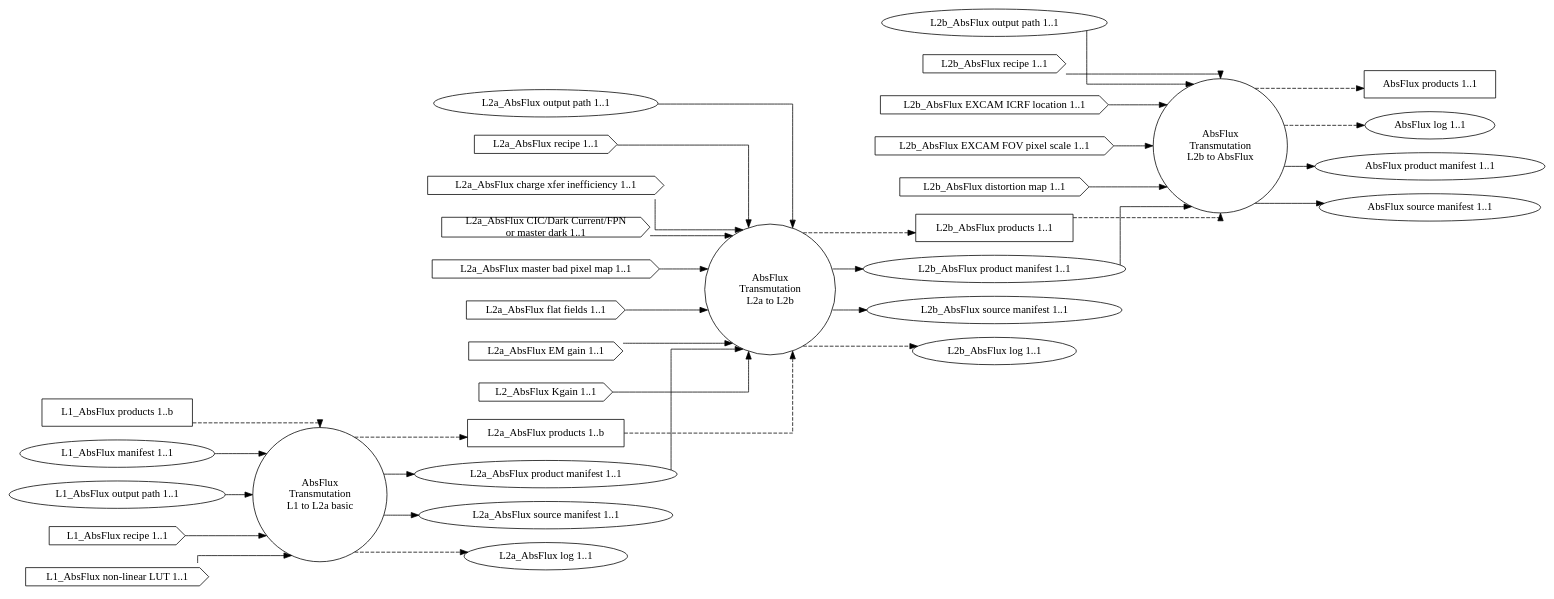
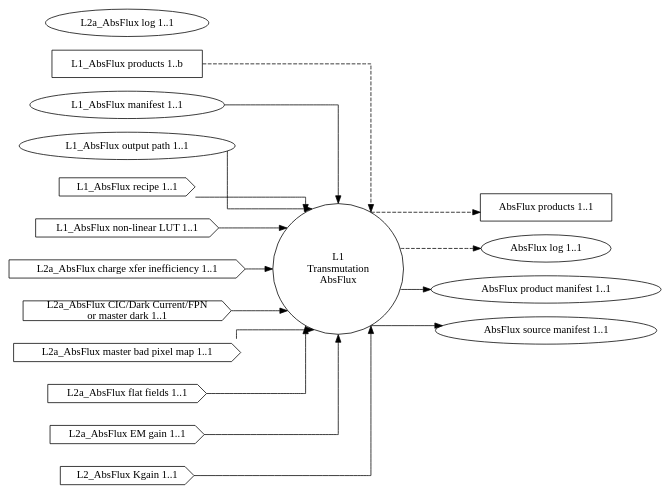
The diagram in dip/basis/cal_absflux.dot (roman-corgi/ctc-dip), drawn with Graphviz before and after one commit. The commit also changed 2 other files, not shown here.

Commit message:
change to chain recipe bubble

```diff
--- a/dip/basis/cal_absflux.dot
+++ b/dip/basis/cal_absflux.dot
@@ -1,70 +1,42 @@
 digraph AbsoluteFluxCalibration {
-graph [splines="ortho", rankdir=LR];
-trans_cal_absflux_l1_l2a [label="AbsFlux\nTransmutation\nL1 to L2a basic", shape="circle", runname="l1.transmutation_cal_absflux", runtype="dawgie.Algorithm", fsmtype="dip.base.Runner"];
-trans_cal_absflux_l2a_l2b [label="AbsFlux\nTransmutation\nL2a to L2b", shape="circle", runname="l2a.transmutation_cal_absflux", runtype="dawgie.Algorithm", fsmtype="dip.base.Runner"];
-trans_cal_absflux_l2b_ctp [label="AbsFlux\nTransmutation\nL2b to AbsFlux", shape="circle", runname="l2b.transmutation_cal_absflux", runtype="dawgie.Algorithm", fsmtype="dip.base.Runner"];
-l1_cal_absflux_prod [label="L1_AbsFlux products 1..b", shape="rectangle"];
-l1_cal_absflux_man [label="L1_AbsFlux manifest 1..1", shape="ellipse"];
-l1_cal_absflux_odir [label="L1_AbsFlux output path 1..1", shape="ellipse"];
-l1_cal_absflux_rec [label="L1_AbsFlux recipe 1..1", shape="cds"];
-l1_cal_absflux_nllut [label="L1_AbsFlux non-linear LUT 1..1", shape="cds"];
-l2a_cal_absflux_prod [label="L2a_AbsFlux products 1..b", shape="rectangle"];
-l2a_cal_absflux_man [label="L2a_AbsFlux product manifest 1..1", shape="ellipse", valname="l1.transmutation_cal_absflux.product.manifest", valtype="dip.base.Manifest"];
-l2a_cal_absflux_src [label="L2a_AbsFlux source manifest 1..1", shape="ellipse", valname="l1.transmutation_cal_absflux.source.manifest", valtype="dip.base.Manifest"];
-l2a_cal_absflux_odir [label="L2a_AbsFlux output path 1..1", shape="ellipse"];
-l2a_cal_absflux_rec [label="L2a_AbsFlux recipe 1..1", shape="cds"];
-l2a_cal_absflux_cti [label="L2a_AbsFlux charge xfer inefficiency 1..1", shape="cds"];
-l2a_cal_absflux_dnb [label="L2a_AbsFlux CIC/Dark Current/FPN\n or master dark 1..1", shape="cds"];
-l2a_cal_absflux_mbpm [label="L2a_AbsFlux master bad pixel map 1..1", shape="cds"];
-l2a_cal_absflux_ff [label="L2a_AbsFlux flat fields 1..1", shape="cds"];
-l2a_cal_absflux_emg [label="L2a_AbsFlux EM gain 1..1", shape="cds"];
-l2a_cal_absflux_kgain [label="L2_AbsFlux Kgain 1..1", shape="cds"];
-l2a_cal_absflux_log [label="L2a_AbsFlux log 1..1", shape="ellipse"];
-l2b_cal_absflux_prod [label="L2b_AbsFlux products 1..1", shape="rectangle"];
-l2b_cal_absflux_man [label="L2b_AbsFlux product manifest 1..1", shape="ellipse", valname="l2a.transmutation_cal_absflux.product.manifest", valtype="dip.base.Manifest"];
-l2b_cal_absflux_src [label="L2b_AbsFlux source manifest 1..1", shape="ellipse", valname="l2a.transmutation_cal_absflux.source.manifest", valtype="dip.base.Manifest"];
-l2b_cal_absflux_odir [label="L2b_AbsFlux output path 1..1", shape="ellipse"];
-l2b_cal_absflux_rec [label="L2b_AbsFlux recipe 1..1", shape="cds"];
-l2b_cal_absflux_excicrf [label="L2b_AbsFlux EXCAM ICRF location 1..1", shape="cds"];
-l2b_cal_absflux_excfovps [label="L2b_AbsFlux EXCAM FOV pixel scale 1..1", shape="cds"];
-l2b_cal_absflux_distm [label="L2b_AbsFlux distortion map 1..1", shape="cds"];
-l2b_cal_absflux_log [label="L2b_AbsFlux log 1..1", shape="ellipse"];
-cal_absflux_prod [label="AbsFlux products 1..1", shape="rectangle"];
-cal_absflux_log [label="AbsFlux log 1..1", shape="ellipse"];
-cal_absflux_man [label="AbsFlux product manifest 1..1", shape="ellipse", shape="ellipse", valname="l2b.transmutation_cal_absflux.product.manifest", valtype="dip.base.Manifest"];
-cal_absflux_src [label="AbsFlux source manifest 1..1", shape="ellipse", shape="ellipse", valname="l2b.transmutation_cal_absflux.source.manifest", valtype="dip.base.Manifest"];
-l1_cal_absflux_prod -> trans_cal_absflux_l1_l2a [style="dashed"];
-l1_cal_absflux_man -> trans_cal_absflux_l1_l2a;
-l1_cal_absflux_odir -> trans_cal_absflux_l1_l2a;
-l1_cal_absflux_rec -> trans_cal_absflux_l1_l2a;
-l1_cal_absflux_nllut -> trans_cal_absflux_l1_l2a;
-trans_cal_absflux_l1_l2a -> l2a_cal_absflux_prod [style="dashed"];
-trans_cal_absflux_l1_l2a -> l2a_cal_absflux_man;
-trans_cal_absflux_l1_l2a -> l2a_cal_absflux_src;
-trans_cal_absflux_l1_l2a -> l2a_cal_absflux_log [style="dashed"];
-l2a_cal_absflux_prod -> trans_cal_absflux_l2a_l2b [style="dashed"];
-l2a_cal_absflux_kgain -> trans_cal_absflux_l2a_l2b;
-l2a_cal_absflux_odir -> trans_cal_absflux_l2a_l2b;
-l2a_cal_absflux_rec -> trans_cal_absflux_l2a_l2b;
-l2a_cal_absflux_cti -> trans_cal_absflux_l2a_l2b;
-l2a_cal_absflux_dnb -> trans_cal_absflux_l2a_l2b;
-l2a_cal_absflux_mbpm -> trans_cal_absflux_l2a_l2b;
-l2a_cal_absflux_ff -> trans_cal_absflux_l2a_l2b;
-l2a_cal_absflux_emg -> trans_cal_absflux_l2a_l2b;
-l2a_cal_absflux_man -> trans_cal_absflux_l2a_l2b;
-trans_cal_absflux_l2a_l2b -> l2b_cal_absflux_prod [style="dashed"];
-trans_cal_absflux_l2a_l2b -> l2b_cal_absflux_log [style="dashed"];
-trans_cal_absflux_l2a_l2b -> l2b_cal_absflux_man;
-trans_cal_absflux_l2a_l2b -> l2b_cal_absflux_src;
-l2b_cal_absflux_prod -> trans_cal_absflux_l2b_ctp [style="dashed"];
-l2b_cal_absflux_man -> trans_cal_absflux_l2b_ctp;
-l2b_cal_absflux_odir -> trans_cal_absflux_l2b_ctp;
-l2b_cal_absflux_rec -> trans_cal_absflux_l2b_ctp;
-l2b_cal_absflux_excicrf -> trans_cal_absflux_l2b_ctp;
-l2b_cal_absflux_excfovps -> trans_cal_absflux_l2b_ctp;
-l2b_cal_absflux_distm -> trans_cal_absflux_l2b_ctp;
-trans_cal_absflux_l2b_ctp -> cal_absflux_prod [style="dashed"];
-trans_cal_absflux_l2b_ctp -> cal_absflux_log [style="dashed"];
-trans_cal_absflux_l2b_ctp -> cal_absflux_man;
-trans_cal_absflux_l2b_ctp -> cal_absflux_src;
+    graph [splines="ortho", rankdir=LR];
+    trans_cal_absflux [label="L1\nTransmutation\nAbsFlux", shape="circle", runname="l1.transmutation_cal_absflux", runtype="dawgie.Algorithm", fsmtype="dip.base.Runner"];
+
+    l1_cal_absflux_prod [label="L1_AbsFlux products 1..b", shape="rectangle"];
+    l1_cal_absflux_man [label="L1_AbsFlux manifest 1..1", shape="ellipse"];
+    l1_cal_absflux_odir [label="L1_AbsFlux output path 1..1", shape="ellipse"];
+    l1_cal_absflux_rec [label="L1_AbsFlux recipe 1..1", shape="cds"];
+    l1_cal_absflux_nllut [label="L1_AbsFlux non-linear LUT 1..1", shape="cds"];
+
+    l2a_cal_absflux_cti [label="L2a_AbsFlux charge xfer inefficiency 1..1", shape="cds"];
+    l2a_cal_absflux_dnb [label="L2a_AbsFlux CIC/Dark Current/FPN\n or master dark 1..1", shape="cds"];
+    l2a_cal_absflux_mbpm [label="L2a_AbsFlux master bad pixel map 1..1", shape="cds"];
+    l2a_cal_absflux_ff [label="L2a_AbsFlux flat fields 1..1", shape="cds"];
+    l2a_cal_absflux_emg [label="L2a_AbsFlux EM gain 1..1", shape="cds"];
+    l2a_cal_absflux_kgain [label="L2_AbsFlux Kgain 1..1", shape="cds"];
+    l2a_cal_absflux_log [label="L2a_AbsFlux log 1..1", shape="ellipse"];
+
+    cal_absflux_prod [label="AbsFlux products 1..1", shape="rectangle"];
+    cal_absflux_log [label="AbsFlux log 1..1", shape="ellipse"];
+    cal_absflux_man [label="AbsFlux product manifest 1..1", shape="ellipse", shape="ellipse", valname="l1.transmutation_cal_absflux.product.manifest", valtype="dip.base.Manifest"];
+    cal_absflux_src [label="AbsFlux source manifest 1..1", shape="ellipse", shape="ellipse", valname="l1.transmutation_cal_absflux.source.manifest", valtype="dip.base.Manifest"];
+
+    l1_cal_absflux_prod -> trans_cal_absflux [style="dashed"];
+    l1_cal_absflux_man -> trans_cal_absflux;
+    l1_cal_absflux_odir -> trans_cal_absflux;
+    l1_cal_absflux_rec -> trans_cal_absflux;
+
+    l1_cal_absflux_nllut -> trans_cal_absflux;
+    
+    l2a_cal_absflux_kgain -> trans_cal_absflux;
+    l2a_cal_absflux_cti -> trans_cal_absflux;
+    l2a_cal_absflux_dnb -> trans_cal_absflux;
+    l2a_cal_absflux_mbpm -> trans_cal_absflux;
+    l2a_cal_absflux_ff -> trans_cal_absflux;
+    l2a_cal_absflux_emg -> trans_cal_absflux;
+
+    trans_cal_absflux -> cal_absflux_prod [style="dashed"];
+    trans_cal_absflux -> cal_absflux_log [style="dashed"];
+    trans_cal_absflux -> cal_absflux_man;
+    trans_cal_absflux -> cal_absflux_src;
 }
```
